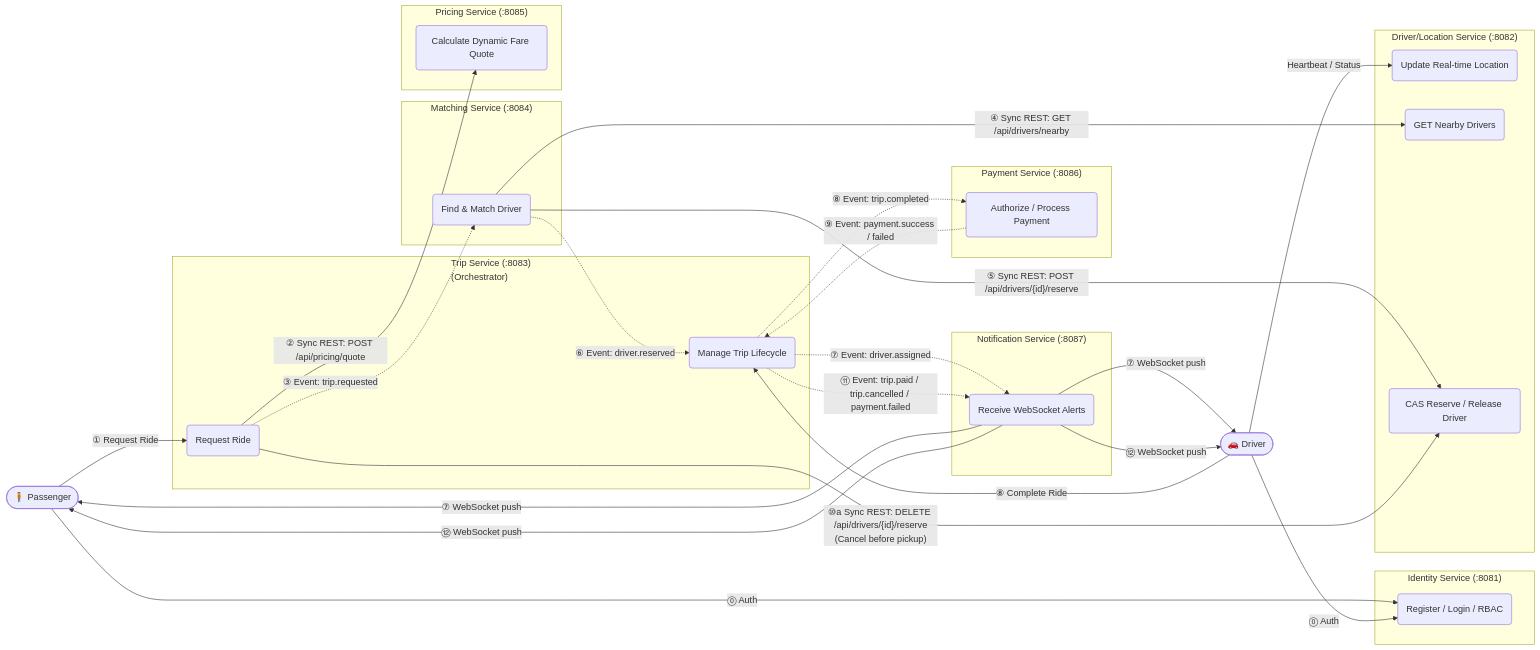
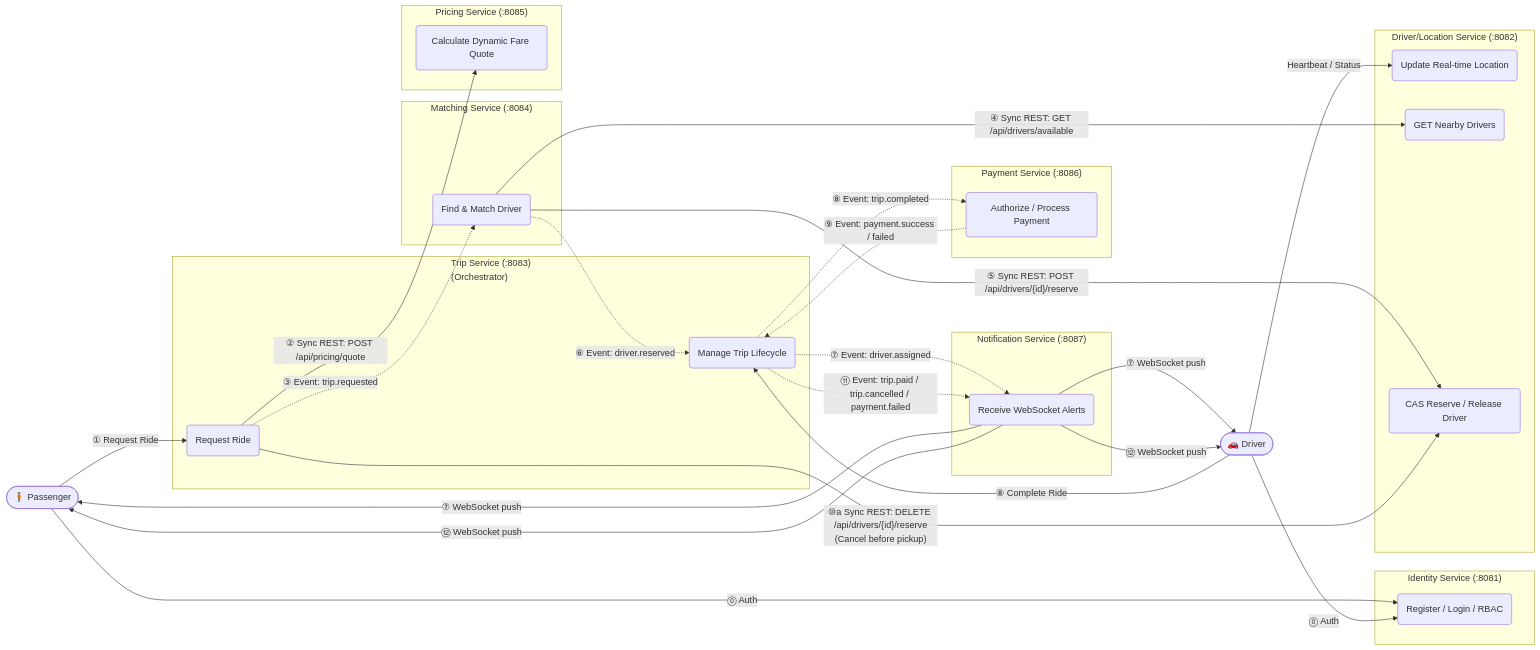
One commit to vanh251/ds03-group10 changed the first of 4 diagrams in docs/architecture_diagrams.md. Above: the diagram before and after it, drawn with Mermaid. The commit also changed other lines of this file and 8 other files, not shown here.

```diff
--- a/docs/architecture_diagrams.md
+++ b/docs/architecture_diagrams.md
@@ -71,7 +71,7 @@
     UC2 -.->|"③ Event: trip.requested"| UC4
 
     %% ── Step 4: Matching queries nearby drivers (Sync REST) ──
-    UC4 -->|"④ Sync REST: GET /api/drivers/nearby"| UC3b
+    UC4 -->|"④ Sync REST: GET /api/drivers/available"| UC3b
 
     %% ── Step 5: Matching locks driver via CAS (Sync REST) ──
     UC4 -->|"⑤ Sync REST: POST /api/drivers/{id}/reserve"| UC3c
```
